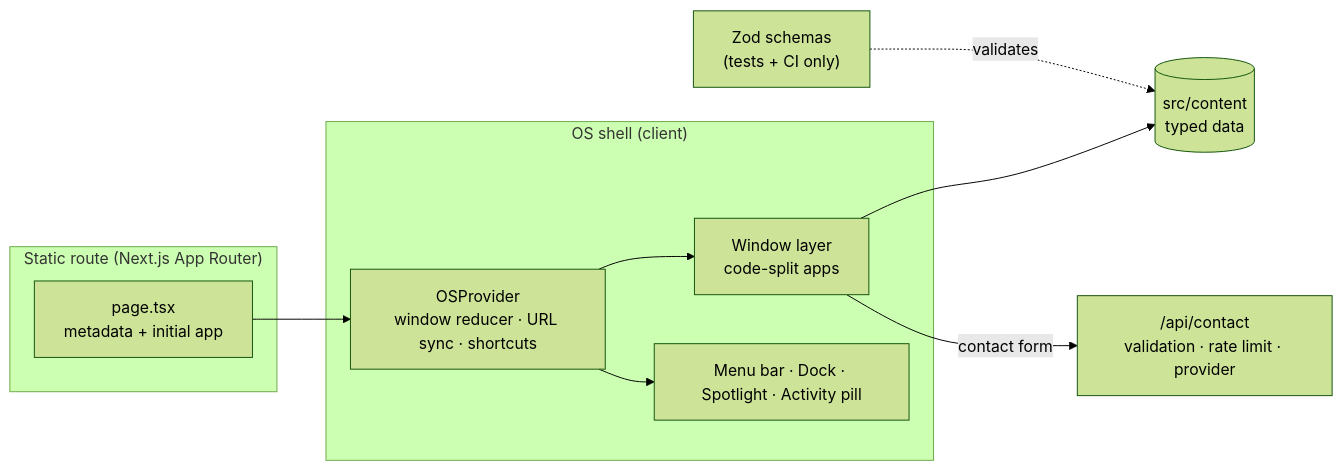
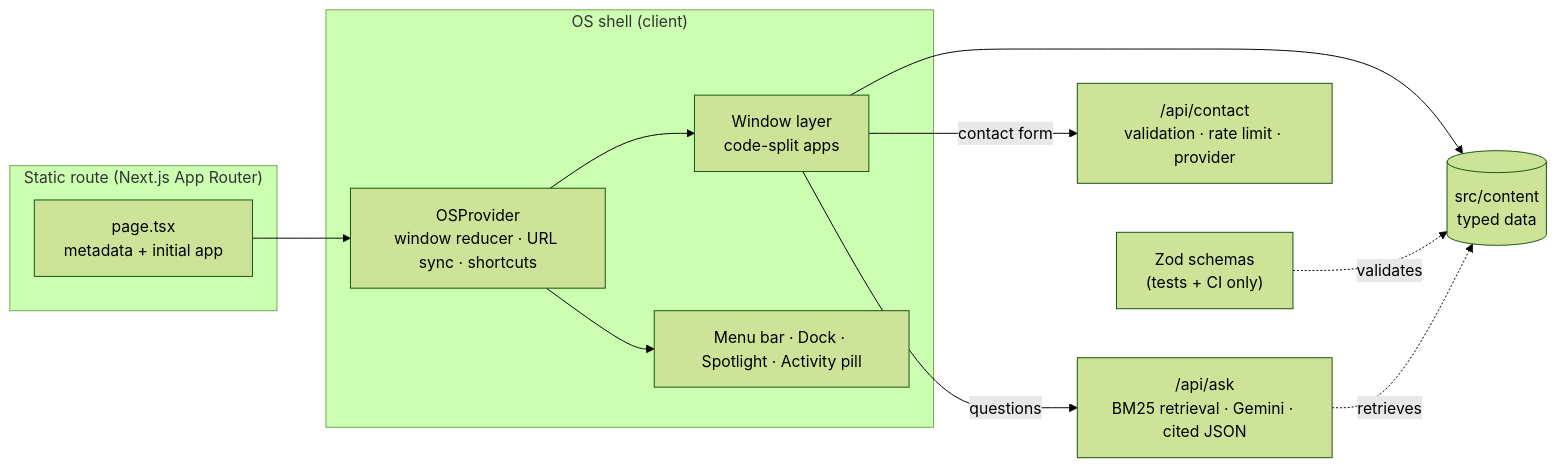
The diagram in README.md (shivampatil4972/Shivam_OS), drawn with Mermaid (forest theme) before and after one commit. The commit also changed other lines of this file and 42 other files, not shown here.

First line of the commit message:
Add Ask SHIVAM.OS (Gemini) and cookieless visit stats

````diff
--- a/README.md
+++ b/README.md
@@ -137,19 +138,22 @@
 ```mermaid
 flowchart LR
   subgraph Route["Static route (Next.js App Router)"]
     P["page.tsx<br/>metadata + initial app"]
   end
   subgraph Shell["OS shell (client)"]
     S["OSProvider<br/>window reducer · URL sync · shortcuts"]
     W["Window layer<br/>code-split apps"]
     O["Menu bar · Dock · Spotlight · Activity pill"]
   end
   C[("src/content<br/>typed data")]
   T["Zod schemas<br/>(tests + CI only)"]
   A["/api/contact<br/>validation · rate limit · provider"]
+  Q["/api/ask<br/>BM25 retrieval · Gemini · cited JSON"]
   P --> S --> W
   S --> O
   W --> C
   T -. validates .-> C
   W -- contact form --> A
+  W -- questions --> Q
+  Q -. retrieves .-> C
 ```
````
